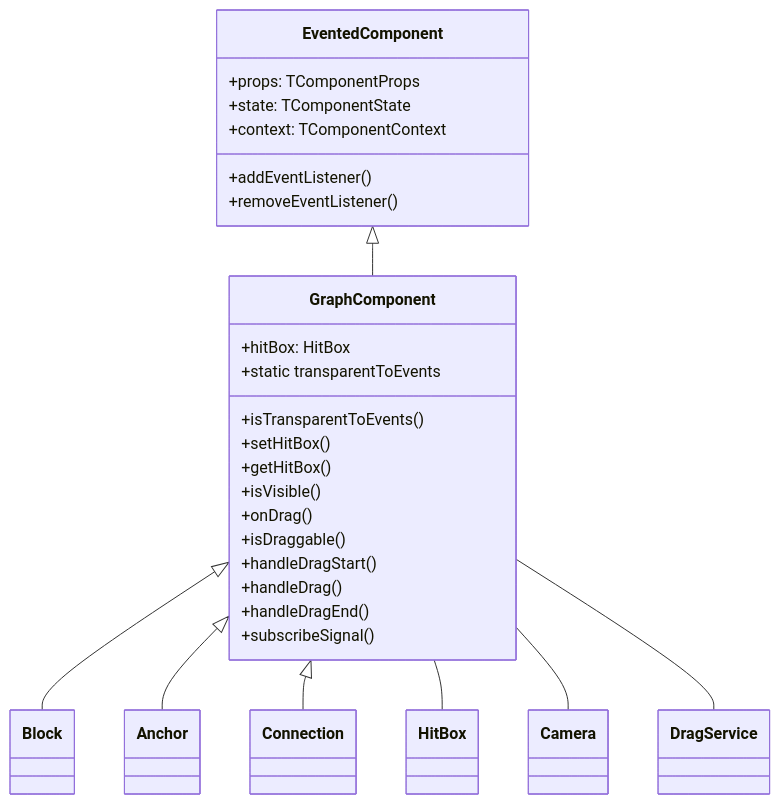
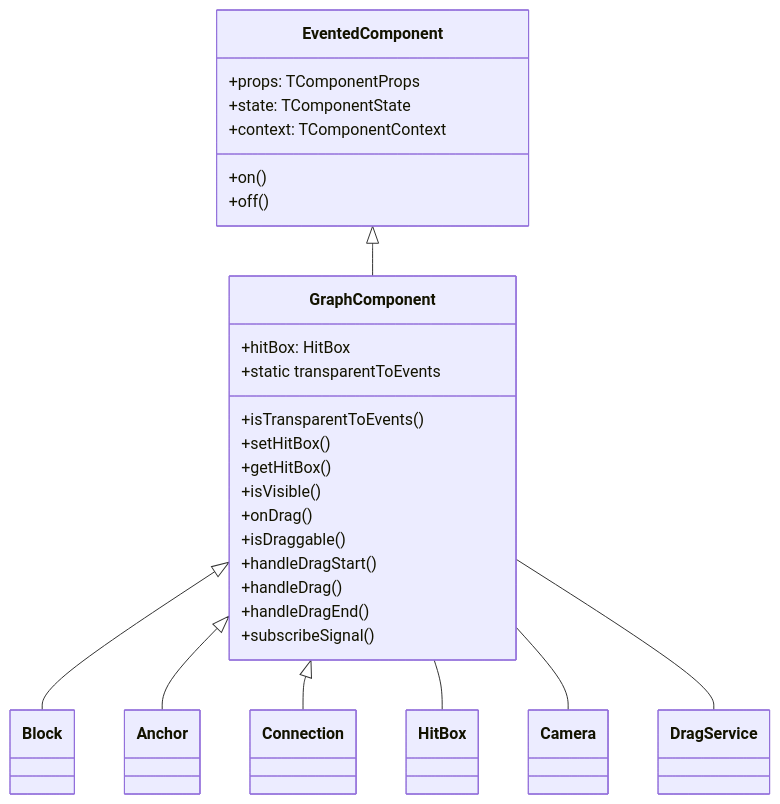
The first of 2 diagrams in packages/graph/docs/components/canvas-graph-component.md (gravity-ui/graph), drawn with Mermaid before and after one commit. The commit also changed other lines of this file and 170 other files, not shown here.

Commit message:
feat(graph)!: unify graph input on native Pointer Events

````diff
--- a/packages/graph/docs/components/canvas-graph-component.md
+++ b/packages/graph/docs/components/canvas-graph-component.md
@@ -9,33 +9,33 @@
 ```mermaid
 classDiagram
     EventedComponent <|-- GraphComponent
     GraphComponent <|-- Block
     GraphComponent <|-- Anchor
     GraphComponent <|-- Connection
     GraphComponent -- HitBox
     GraphComponent -- Camera
     GraphComponent -- DragService
     
     class EventedComponent {
         +props: TComponentProps
         +state: TComponentState
         +context: TComponentContext
-        +addEventListener()
-        +removeEventListener()
+        +on()
+        +off()
     }
     
     class GraphComponent {
         +hitBox: HitBox
         +static transparentToEvents
         +isTransparentToEvents()
         +setHitBox()
         +getHitBox()
         +isVisible()
         +onDrag()
         +isDraggable()
         +handleDragStart()
         +handleDrag()
         +handleDragEnd()
         +subscribeSignal()
     }
 ```
````
